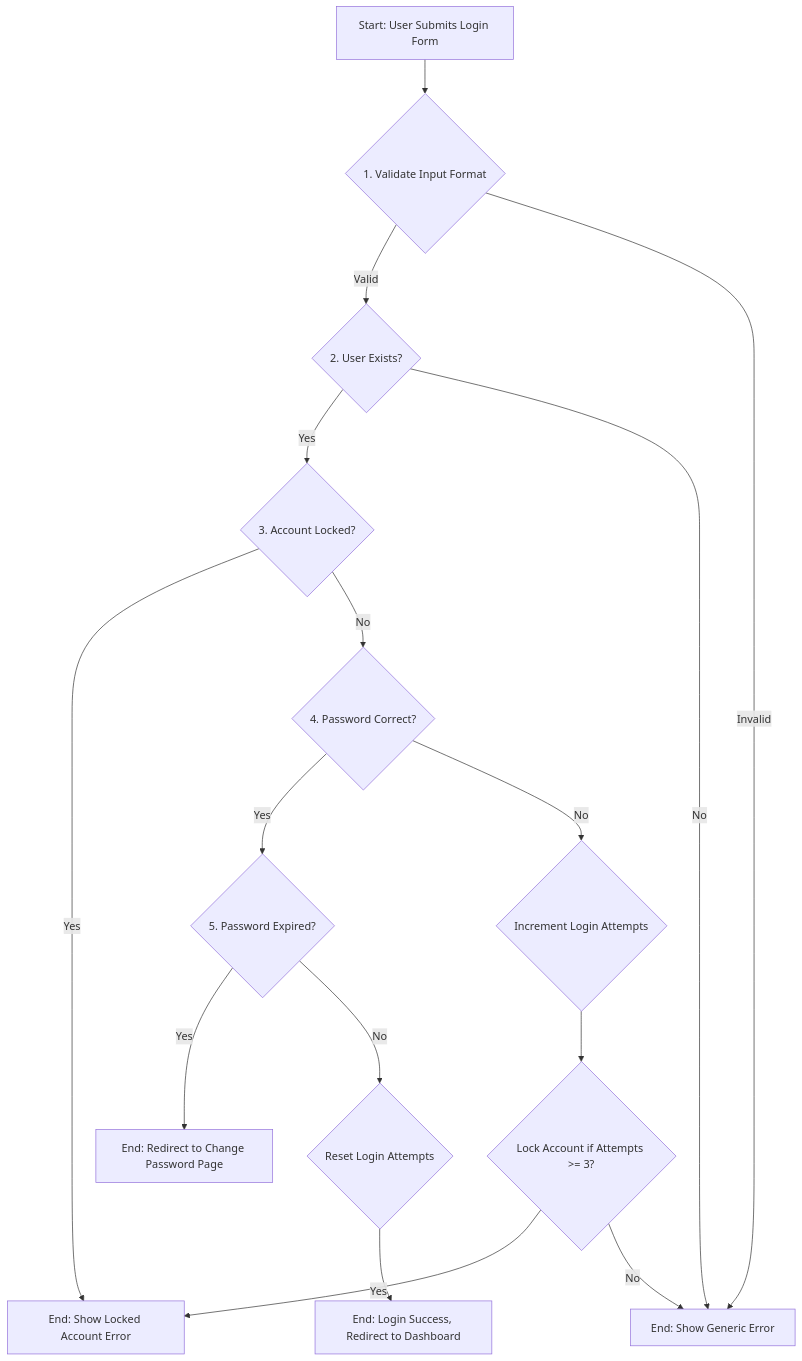
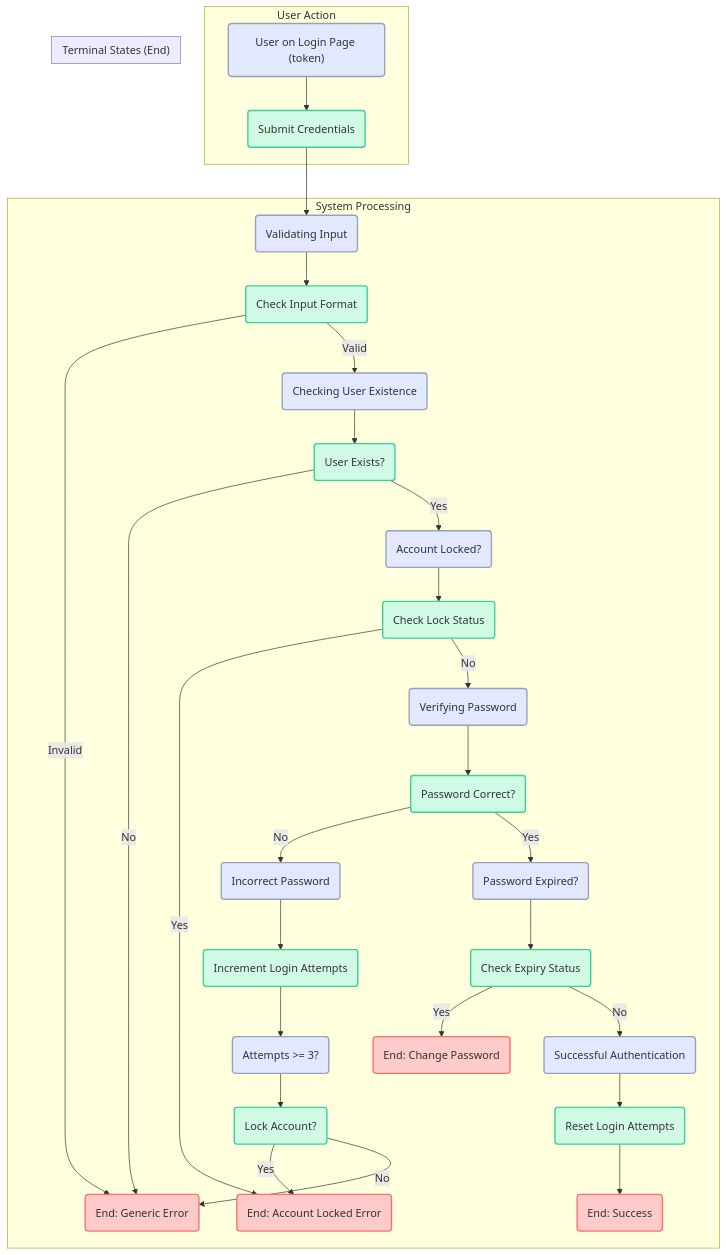
The diagram in BEHAVIOURAL_MODEL.md (Dr-Risk/MyWork2), drawn with Mermaid before and after one commit. The commit also changed other lines of this file, not shown here.

Commit message:
in behaviour model there are 2 flow chats. i want one petri net

````diff
--- a/BEHAVIOURAL_MODEL.md
+++ b/BEHAVIOURAL_MODEL.md
@@ -9,24 +9,53 @@
 ```mermaid
 graph TD
-    A[Start: User Submits Login Form] --> B{1. Validate Input Format};
-    B -- Valid --> C{2. User Exists?};
-    B -- Invalid --> F[End: Show Generic Error];
+    subgraph "User Action"
+        P1_Start("User on Login Page (token)") --> T1_Submit("Submit Credentials")
+    end
 
-    C -- Yes --> D{3. Account Locked?};
-    C -- No --> F;
+    subgraph "System Processing"
+        T1_Submit --> P2_Validating("Validating Input")
+        P2_Validating --> T2_ValidateInput("Check Input Format")
+        T2_ValidateInput -- Invalid --> P_End_GenericError("Show Generic Error")
+        T2_ValidateInput -- Valid --> P3_CheckingUser("Checking User Existence")
+        
+        P3_CheckingUser --> T3_CheckUser("User Exists?")
+        T3_CheckUser -- No --> P_End_GenericError
 
-    D -- Yes --> G[End: Show Locked Account Error];
-    D -- No --> E{4. Password Correct?};
+        T3_CheckUser -- Yes --> P4_CheckingLock("Account Locked?")
+        P4_CheckingLock --> T4_CheckLock("Check Lock Status")
+        T4_CheckLock -- Yes --> P_End_LockedError("Show Locked Account Error")
+        T4_CheckLock -- No --> P5_VerifyingPass("Verifying Password")
+        
+        P5_VerifyingPass --> T5_CheckPass("Password Correct?")
+        T5_CheckPass -- No --> P6_IncorrectPass("Incorrect Password")
+        P6_IncorrectPass --> T6_IncrementAttempts("Increment Login Attempts")
+        T6_IncrementAttempts --> P7_CheckingAttempts("Attempts >= 3?")
+        P7_CheckingAttempts --> T7_LockAccount("Lock Account?")
+        T7_LockAccount -- Yes --> P_End_LockedError
+        T7_LockAccount -- No --> P_End_GenericError
 
-    E -- Yes --> H{5. Password Expired?};
-    E -- No --> I{Increment Login Attempts};
+        T5_CheckPass -- Yes --> P8_CheckingExpiry("Password Expired?")
+        P8_CheckingExpiry --> T8_CheckExpiry("Check Expiry Status")
+        T8_CheckExpiry -- Yes --> P_End_ChangePassword("Redirect to Change Password")
+        T8_CheckExpiry -- No --> P9_SuccessfulAuth("Successful Authentication")
+        
+        P9_SuccessfulAuth --> T9_ResetAttempts("Reset Login Attempts")
+        T9_ResetAttempts --> P_End_LoginSuccess("Login Success, Redirect to Dashboard")
+    end
 
-    I --> J{Lock Account if Attempts >= 3?};
-    J -- Yes --> G;
-    J -- No --> F;
+    subgraph "Terminal States (End)"
+        P_End_GenericError("End: Generic Error")
+        P_End_LockedError("End: Account Locked Error")
+        P_End_ChangePassword("End: Change Password")
+        P_End_LoginSuccess("End: Success")
+    end
 
-    H -- Yes --> K[End: Redirect to Change Password Page];
-    H -- No --> L{Reset Login Attempts};
+    %% Styling
+    classDef place fill:#E1E8FF,stroke:#94A3B8,stroke-width:2px;
+    classDef transition fill:#D1FAE5,stroke:#34D399,stroke-width:2px,rx:4,ry:4;
+    classDef endPlace fill:#FECACA,stroke:#F87171,stroke-width:2px;
 
-    L --> M[End: Login Success, Redirect to Dashboard];
+    class P1_Start,P2_Validating,P3_CheckingUser,P4_CheckingLock,P5_VerifyingPass,P6_IncorrectPass,P7_CheckingAttempts,P8_CheckingExpiry,P9_SuccessfulAuth place;
+    class T1_Submit,T2_ValidateInput,T3_CheckUser,T4_CheckLock,T5_CheckPass,T6_IncrementAttempts,T7_LockAccount,T8_CheckExpiry,T9_ResetAttempts transition;
+    class P_End_GenericError,P_End_LockedError,P_End_ChangePassword,P_End_LoginSuccess endPlace;
 ```
````
